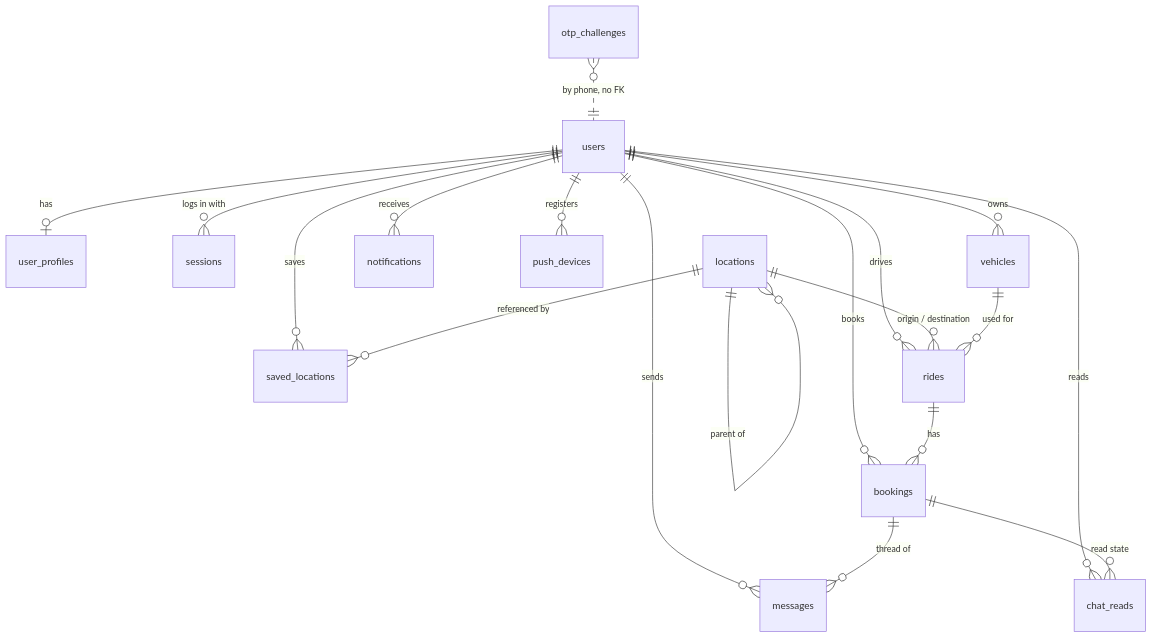
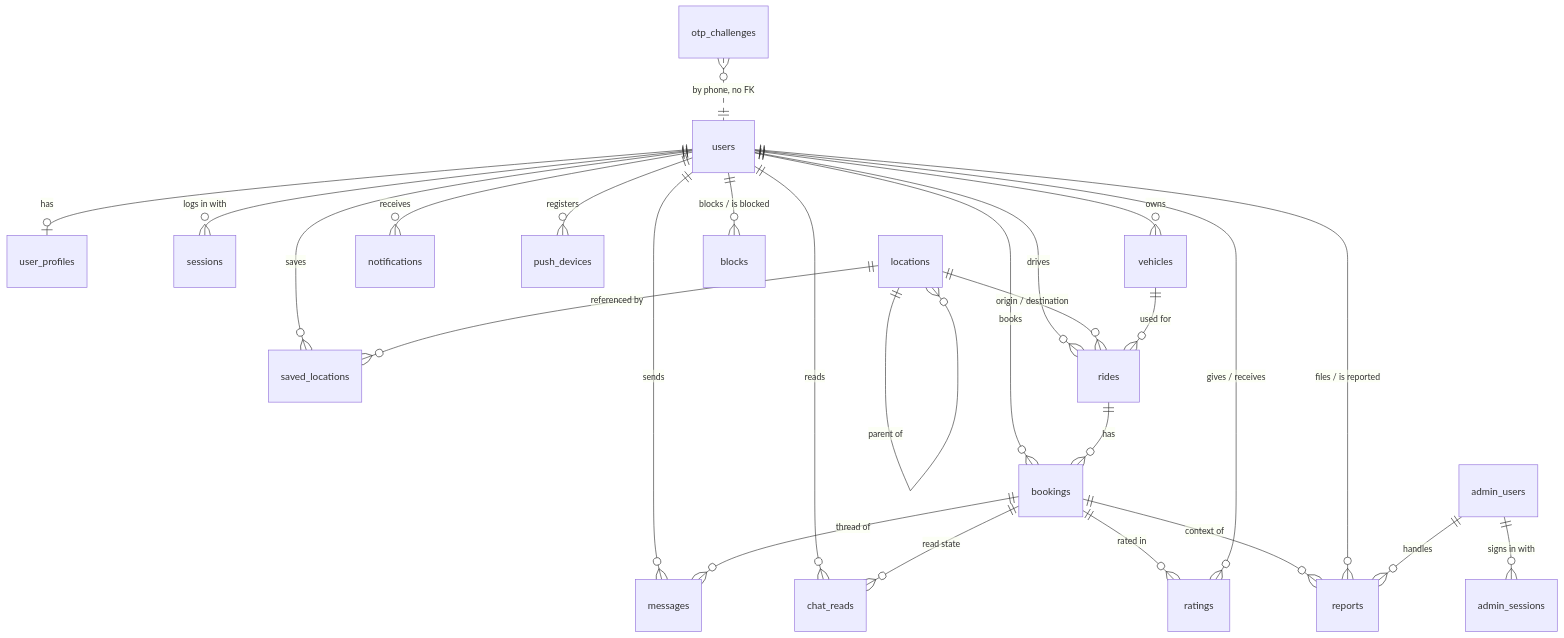
The first of 2 diagrams in docs/03-database.md (AhmedWaleed225/Wasla), drawn with Mermaid before and after one commit. The commit also changed other lines of this file and 42 other files, not shown here.

````diff
--- a/docs/03-database.md
+++ b/docs/03-database.md
@@ -16,21 +16,28 @@
 ```mermaid
 erDiagram
   users ||--o| user_profiles : has
   users ||--o{ sessions : "logs in with"
   users ||--o{ saved_locations : saves
   users ||--o{ vehicles : owns
   users ||--o{ rides : drives
   users ||--o{ bookings : books
   users ||--o{ notifications : receives
   users ||--o{ push_devices : registers
   users ||--o{ messages : sends
   users ||--o{ chat_reads : reads
   locations ||--o{ locations : "parent of"
   locations ||--o{ saved_locations : "referenced by"
   locations ||--o{ rides : "origin / destination"
   vehicles ||--o{ rides : "used for"
   rides ||--o{ bookings : has
   bookings ||--o{ messages : "thread of"
   bookings ||--o{ chat_reads : "read state"
+  bookings ||--o{ ratings : "rated in"
+  bookings ||--o{ reports : "context of"
+  users ||--o{ ratings : "gives / receives"
+  users ||--o{ reports : "files / is reported"
+  users ||--o{ blocks : "blocks / is blocked"
+  admin_users ||--o{ admin_sessions : "signs in with"
+  admin_users ||--o{ reports : handles
   otp_challenges }o..|| users : "by phone, no FK"
 ```
````
